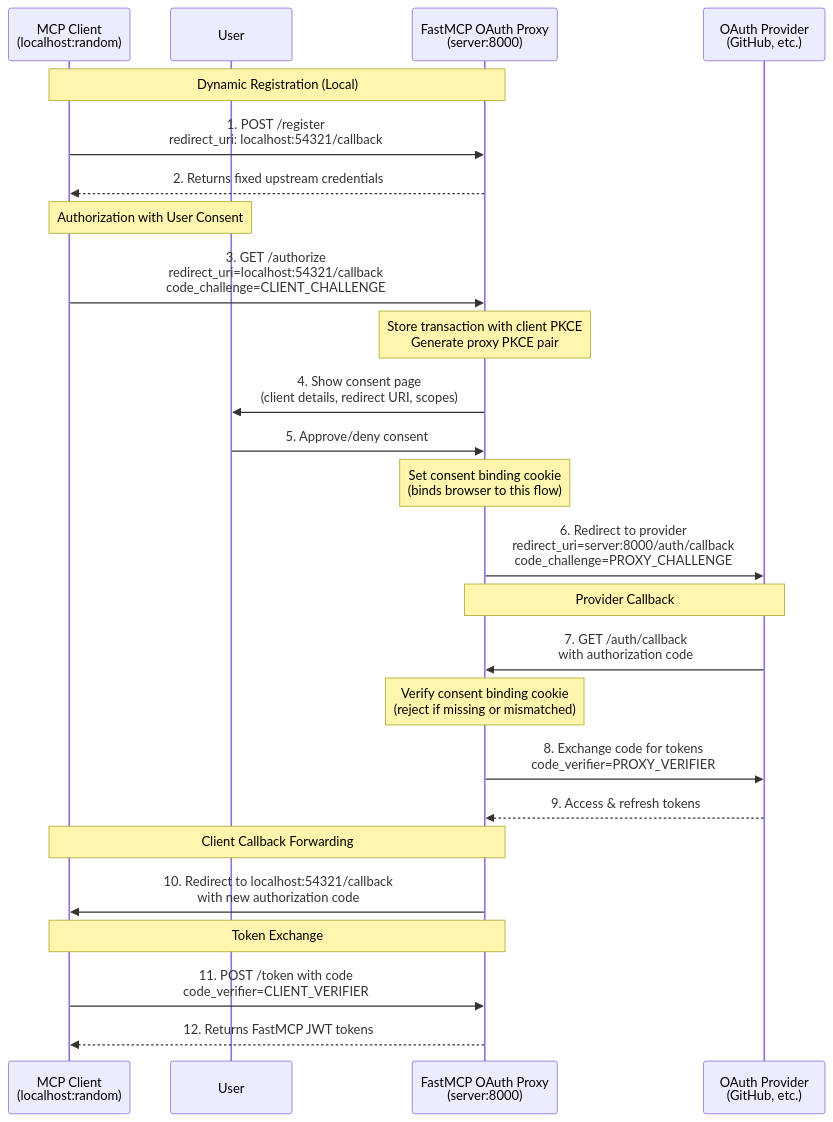
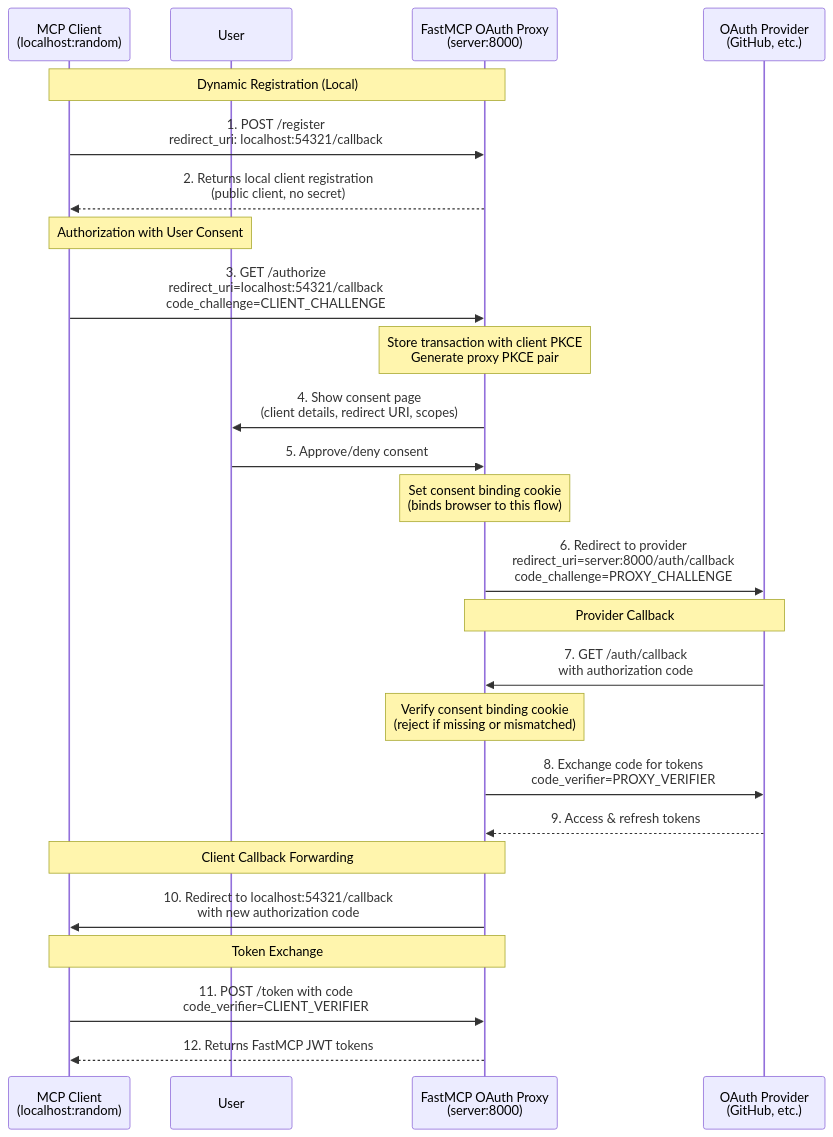
The diagram in docs/fastmcp/servers/auth/oauth-proxy.mdx (Jiezhi/dochub), drawn with Mermaid before and after one commit. The commit also changed other lines of this file and 260 other files, not shown here.

````diff
--- a/docs/fastmcp/servers/auth/oauth-proxy.mdx
+++ b/docs/fastmcp/servers/auth/oauth-proxy.mdx
@@ -470,32 +495,32 @@
 ```mermaid
 sequenceDiagram
     participant Client as MCP Client<br/>(localhost:random)
     participant User as User
     participant Proxy as FastMCP OAuth Proxy<br/>(server:8000)
     participant Provider as OAuth Provider<br/>(GitHub, etc.)
 
     Note over Client, Proxy: Dynamic Registration (Local)
     Client->>Proxy: 1. POST /register<br/>redirect_uri: localhost:54321/callback
-    Proxy-->>Client: 2. Returns fixed upstream credentials
+    Proxy-->>Client: 2. Returns local client registration<br/>(public client, no secret)
 
     Note over Client, User: Authorization with User Consent
     Client->>Proxy: 3. GET /authorize<br/>redirect_uri=localhost:54321/callback<br/>code_challenge=CLIENT_CHALLENGE
     Note over Proxy: Store transaction with client PKCE<br/>Generate proxy PKCE pair
     Proxy->>User: 4. Show consent page<br/>(client details, redirect URI, scopes)
     User->>Proxy: 5. Approve/deny consent
     Note over Proxy: Set consent binding cookie<br/>(binds browser to this flow)
     Proxy->>Provider: 6. Redirect to provider<br/>redirect_uri=server:8000/auth/callback<br/>code_challenge=PROXY_CHALLENGE
 
     Note over Provider, Proxy: Provider Callback
     Provider->>Proxy: 7. GET /auth/callback<br/>with authorization code
     Note over Proxy: Verify consent binding cookie<br/>(reject if missing or mismatched)
     Proxy->>Provider: 8. Exchange code for tokens<br/>code_verifier=PROXY_VERIFIER
     Provider-->>Proxy: 9. Access & refresh tokens
 
     Note over Proxy, Client: Client Callback Forwarding
     Proxy->>Client: 10. Redirect to localhost:54321/callback<br/>with new authorization code
 
     Note over Client, Proxy: Token Exchange
     Client->>Proxy: 11. POST /token with code<br/>code_verifier=CLIENT_VERIFIER
     Proxy-->>Client: 12. Returns FastMCP JWT tokens
 ```
````
